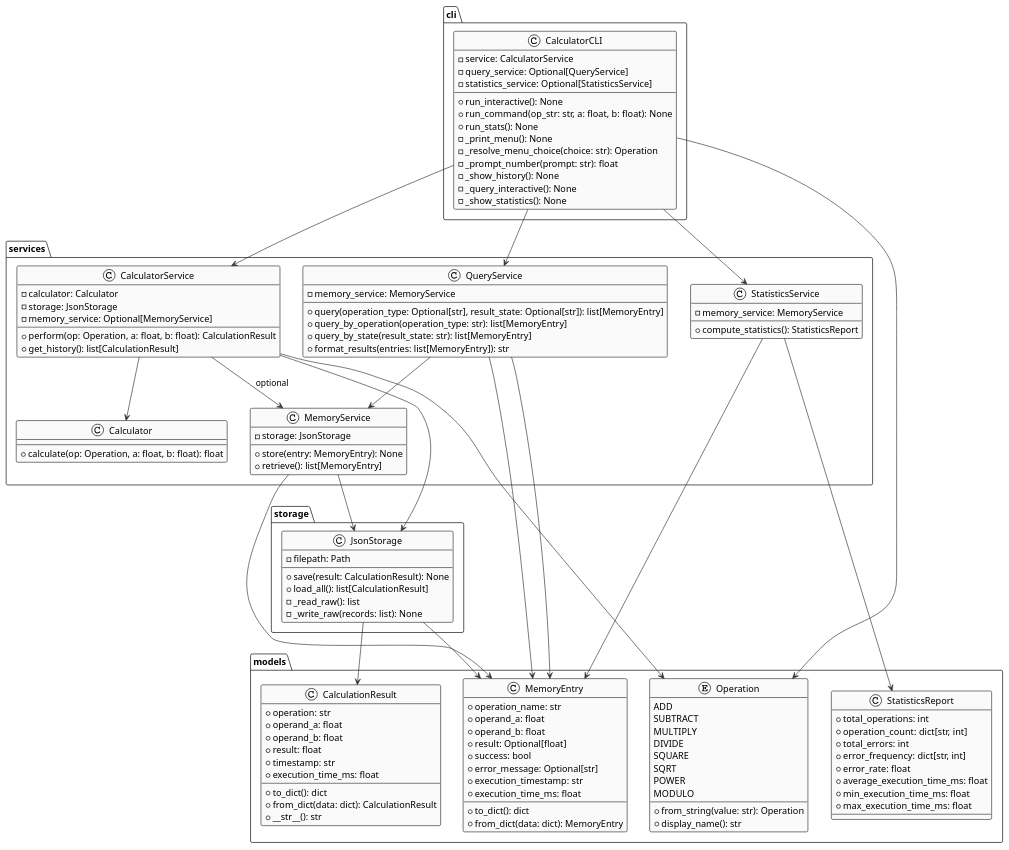
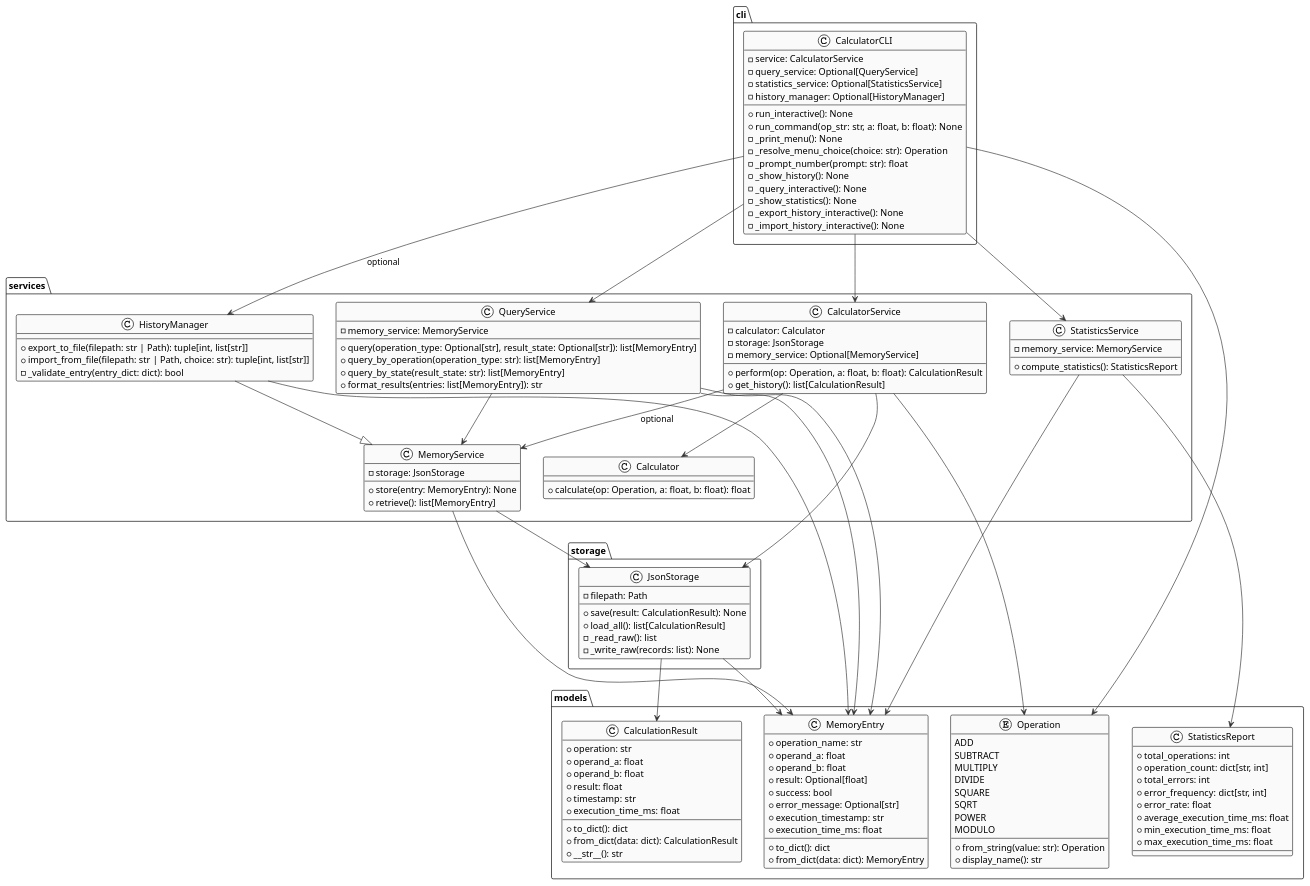
The diagram in experiments/broadcast/structured_text/calculator/artifacts/class_diagram.puml (DanielRiha8906/Software_autoevolution_using_agents), drawn with PlantUML before and after one commit.

Commit message:
Update class_diagram.puml: Add HistoryManager and new CalculatorCLI export/import methods
Task 07 implementation:
- Add HistoryManager class extending MemoryService with export_to_file(), import_from_file(), and _validate_entry() methods
- Add history_manager: Optional[HistoryManager] parameter to CalculatorCLI
- Add _export_history_interactive() and _import_history_interactive() methods to CalculatorCLI
- Update relationships to show HistoryManager inheritance and CLI dependency on HistoryManager

```diff
--- a/experiments/broadcast/structured_text/calculator/artifacts/class_diagram.puml
+++ b/experiments/broadcast/structured_text/calculator/artifacts/class_diagram.puml
@@ -1,152 +1,165 @@
 @startuml
 !theme plain
 skinparam classBackgroundColor #FAFAFA
 skinparam classBorderColor #333333
 skinparam arrowColor #333333
 skinparam fontName Courier
 
 package "models" {
   enum Operation {
     ADD
     SUBTRACT
     MULTIPLY
     DIVIDE
     SQUARE
     SQRT
     POWER
     MODULO
     --
     +from_string(value: str): Operation
     +display_name(): str
   }
 
   class CalculationResult {
     +operation: str
     +operand_a: float
     +operand_b: float
     +result: float
     +timestamp: str
     +execution_time_ms: float
     --
     +to_dict(): dict
     +from_dict(data: dict): CalculationResult
     +__str__(): str
   }
 
   class MemoryEntry {
     +operation_name: str
     +operand_a: float
     +operand_b: float
     +result: Optional[float]
     +success: bool
     +error_message: Optional[str]
     +execution_timestamp: str
     +execution_time_ms: float
     --
     +to_dict(): dict
     +from_dict(data: dict): MemoryEntry
   }
 
   class StatisticsReport {
     +total_operations: int
     +operation_count: dict[str, int]
     +total_errors: int
     +error_frequency: dict[str, int]
     +error_rate: float
     +average_execution_time_ms: float
     +min_execution_time_ms: float
     +max_execution_time_ms: float
   }
 }
 
 package "services" {
   class Calculator {
     +calculate(op: Operation, a: float, b: float): float
   }
 
   class CalculatorService {
     -calculator: Calculator
     -storage: JsonStorage
     -memory_service: Optional[MemoryService]
     --
     +perform(op: Operation, a: float, b: float): CalculationResult
     +get_history(): list[CalculationResult]
   }
 
   class MemoryService {
     -storage: JsonStorage
     --
     +store(entry: MemoryEntry): None
     +retrieve(): list[MemoryEntry]
   }
 
+  class HistoryManager {
+    --
+    +export_to_file(filepath: str | Path): tuple[int, list[str]]
+    +import_from_file(filepath: str | Path, choice: str): tuple[int, list[str]]
+    -_validate_entry(entry_dict: dict): bool
+  }
+
   class QueryService {
     -memory_service: MemoryService
     --
     +query(operation_type: Optional[str], result_state: Optional[str]): list[MemoryEntry]
     +query_by_operation(operation_type: str): list[MemoryEntry]
     +query_by_state(result_state: str): list[MemoryEntry]
     +format_results(entries: list[MemoryEntry]): str
   }
 
   class StatisticsService {
     -memory_service: MemoryService
     --
     +compute_statistics(): StatisticsReport
   }
 }
 
 package "storage" {
   class JsonStorage {
     -filepath: Path
     --
     +save(result: CalculationResult): None
     +load_all(): list[CalculationResult]
     -_read_raw(): list
     -_write_raw(records: list): None
   }
 }
 
 package "cli" {
   class CalculatorCLI {
     -service: CalculatorService
     -query_service: Optional[QueryService]
     -statistics_service: Optional[StatisticsService]
+    -history_manager: Optional[HistoryManager]
     --
     +run_interactive(): None
     +run_command(op_str: str, a: float, b: float): None
-    +run_stats(): None
     -_print_menu(): None
     -_resolve_menu_choice(choice: str): Operation
     -_prompt_number(prompt: str): float
     -_show_history(): None
     -_query_interactive(): None
     -_show_statistics(): None
+    -_export_history_interactive(): None
+    -_import_history_interactive(): None
   }
 }
 
 ' Relationships
 CalculatorService --> Calculator
 CalculatorService --> JsonStorage
 CalculatorService --> Operation
 CalculatorService --> MemoryService : optional
 
 MemoryService --> JsonStorage
 MemoryService --> MemoryEntry
 
+HistoryManager --|> MemoryService
+HistoryManager --> MemoryEntry
+
 QueryService --> MemoryService
 QueryService --> MemoryEntry
 
 CalculatorCLI --> CalculatorService
 CalculatorCLI --> QueryService
 CalculatorCLI --> StatisticsService
+CalculatorCLI --> HistoryManager : optional
 CalculatorCLI --> Operation
 
 QueryService --> MemoryEntry
 StatisticsService --> MemoryEntry
 StatisticsService --> StatisticsReport
 
 JsonStorage --> CalculationResult
 JsonStorage --> MemoryEntry
 
 @enduml
```
